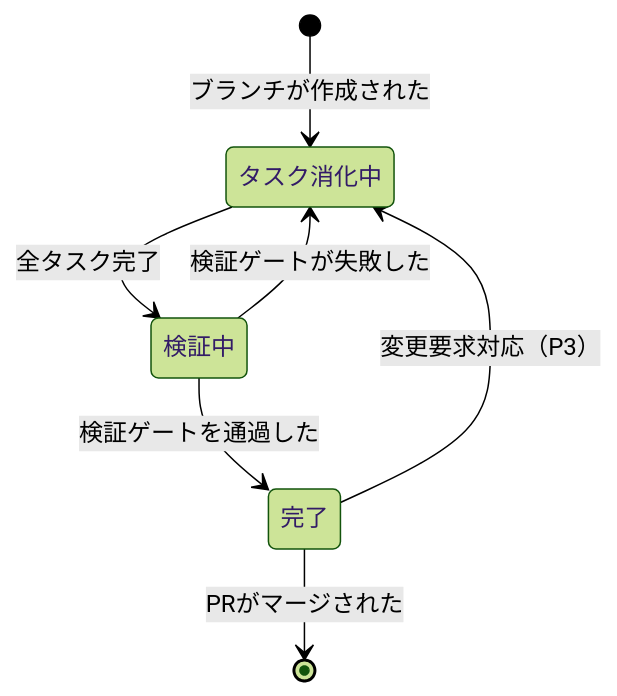
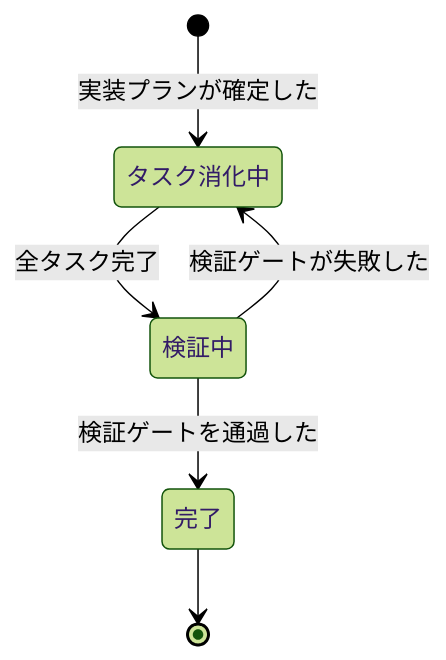
Before and after one commit to kuchita-el/claude-shared-skills: the second of 3 diagrams in docs/development/event-storming.md, drawn with Mermaid (forest theme). The commit also changed other lines of this file and 1 other file, not shown here.

````diff
--- a/docs/development/event-storming.md
+++ b/docs/development/event-storming.md
@@ -102,9 +105,8 @@
 ```mermaid
 stateDiagram-v2
-    [*] --> タスク消化中: ブランチが作成された
+    [*] --> タスク消化中: 実装プランが確定した
     タスク消化中 --> 検証中: 全タスク完了
     検証中 --> 完了: 検証ゲートを通過した
     検証中 --> タスク消化中: 検証ゲートが失敗した
-    完了 --> タスク消化中: 変更要求対応（P3）
-    完了 --> [*]: PRがマージされた
+    完了 --> [*]
 ```
````
